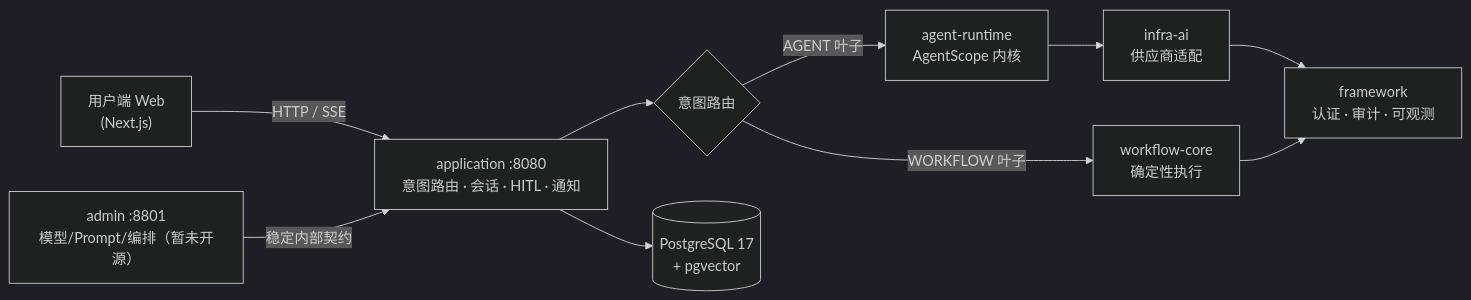
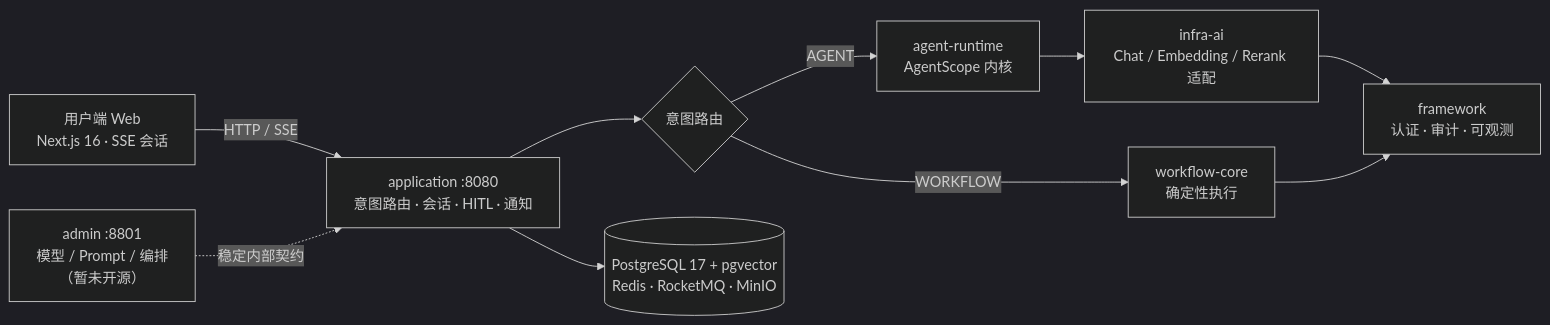
Before and after one commit to EathonEvans/lingxi-workbench: the diagram in README.md, drawn with Mermaid (dark theme). The commit also changed other lines of this file and 3 other files, not shown here.

Commit message:
docs: README 专业化——logo 头图、功能矩阵、Roadmap 与品牌口径统一

````diff
--- a/README.md
+++ b/README.md
@@ -12,12 +43,12 @@
 ```mermaid
 graph LR
-    web["用户端 Web<br/>(Next.js)"] -->|HTTP / SSE| app["application :8080<br/>意图路由 · 会话 · HITL · 通知"]
-    admin["admin :8801<br/>模型/Prompt/编排（暂未开源）"] -->|稳定内部契约| app
+    web["用户端 Web<br/>Next.js 16 · SSE 会话"] -->|HTTP / SSE| app["application :8080<br/>意图路由 · 会话 · HITL · 通知"]
+    admin["admin :8801<br/>模型 / Prompt / 编排<br/>（暂未开源）"] -.->|稳定内部契约| app
     app --> intent{"意图路由"}
-    intent -->|AGENT 叶子| ar["agent-runtime<br/>AgentScope 内核"]
-    intent -->|WORKFLOW 叶子| wf["workflow-core<br/>确定性执行"]
-    ar --> ia["infra-ai<br/>供应商适配"]
+    intent -->|AGENT| ar["agent-runtime<br/>AgentScope 内核"]
+    intent -->|WORKFLOW| wf["workflow-core<br/>确定性执行"]
+    ar --> ia["infra-ai<br/>Chat / Embedding / Rerank 适配"]
     ia --> fw["framework<br/>认证 · 审计 · 可观测"]
     wf --> fw
-    app --> pg[("PostgreSQL 17<br/>+ pgvector")]
+    app --> pg[("PostgreSQL 17 + pgvector<br/>Redis · RocketMQ · MinIO")]
 ```
````
